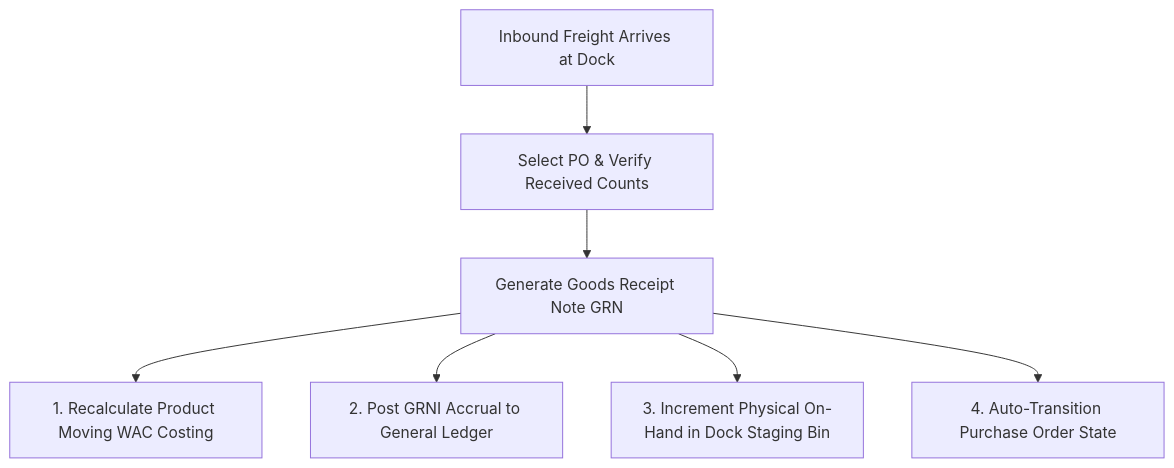
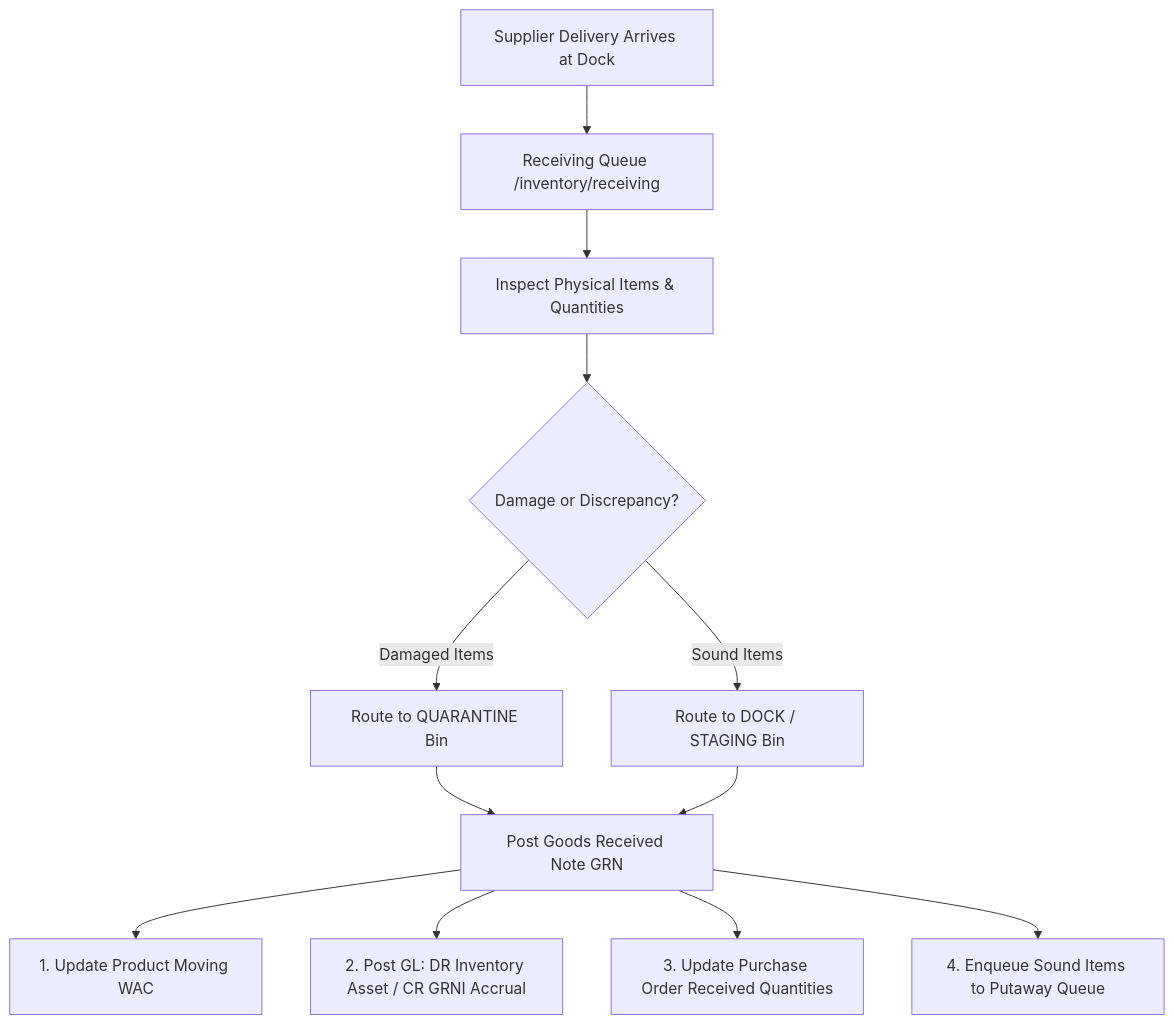
Before and after one commit to herobmdotcom/herobm: the diagram in docs/user/receiving.md, drawn with Mermaid. The commit also changed other lines of this file and 32 other files, not shown here.

````diff
--- a/docs/user/receiving.md
+++ b/docs/user/receiving.md
@@ -46,9 +44,14 @@
 ```mermaid
 flowchart TD
-    A[Inbound Freight Arrives at Dock] --> B[Select PO & Verify Received Counts]
-    B --> C[Generate Goods Receipt Note GRN]
-    C --> D[1. Recalculate Product Moving WAC Costing]
-    C --> E[2. Post GRNI Accrual to General Ledger]
-    C --> F[3. Increment Physical On-Hand in Dock Staging Bin]
-    C --> G[4. Auto-Transition Purchase Order State]
+    A[Supplier Delivery Arrives at Dock] --> B[Receiving Queue /inventory/receiving]
+    B --> C[Inspect Physical Items & Quantities]
+    C --> D{Damage or Discrepancy?}
+    D -- Damaged Items --> E[Route to QUARANTINE Bin]
+    D -- Sound Items --> F[Route to DOCK / STAGING Bin]
+
+    E & F --> G[Post Goods Received Note GRN]
+    G --> H[1. Update Product Moving WAC]
+    G --> I[2. Post GL: DR Inventory Asset / CR GRNI Accrual]
+    G --> J[3. Update Purchase Order Received Quantities]
+    G --> K[4. Enqueue Sound Items to Putaway Queue]
 ```
````
